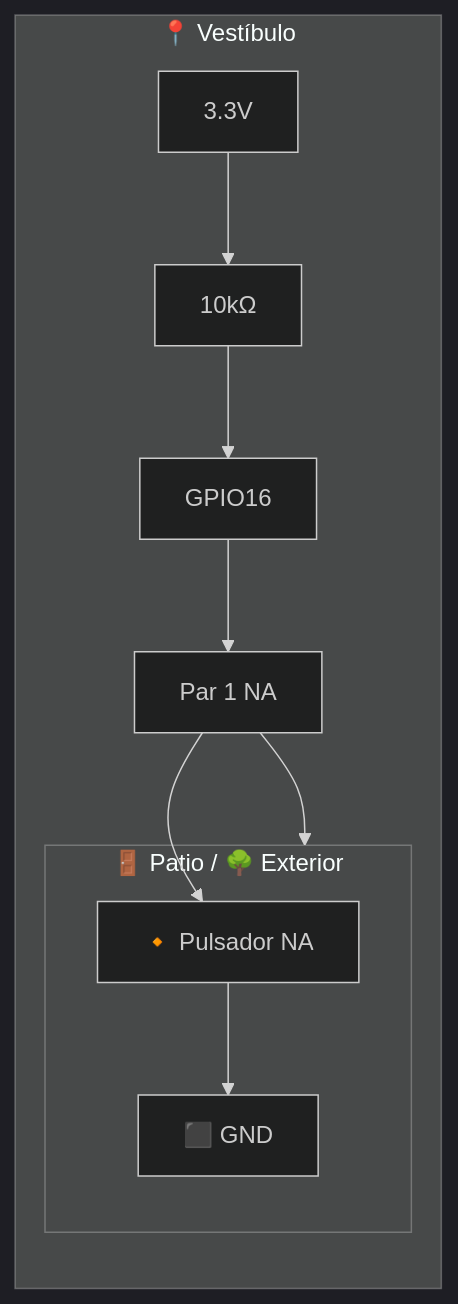
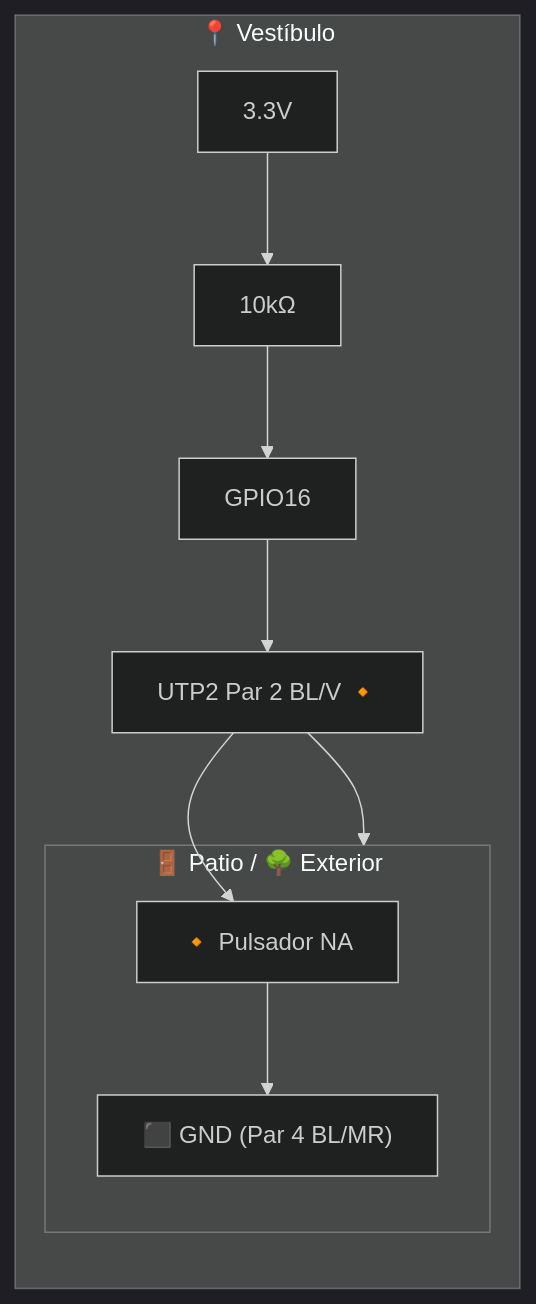
The seventh of 11 diagrams in README.md (abelbour/Abrepuertas), drawn with Mermaid (dark theme) before and after one commit. The commit also changed other lines of this file, not shown here.

````diff
--- a/README.md
+++ b/README.md
@@ -572,11 +612,11 @@
 ```mermaid
 flowchart LR
     subgraph Vestibulo["📍 Vestíbulo"]
         VCC["3.3V"] --> R10k["10kΩ"] --> G16["GPIO16"]
-        G16 --> PA1["Par 1 NA"] --> Patio
+        G16 --> PA1["UTP2 Par 2 BL/V 🔸"] --> Patio
     end
 
     subgraph Patio["🚪 Patio / 🌳 Exterior"]
-        PA1 --> Btn["🔸 Pulsador NA"] --> GND_P["⬛ GND"]
+        PA1 --> Btn["🔸 Pulsador NA"] --> GND_P["⬛ GND (Par 4 BL/MR)"]
     end
 ```
````
